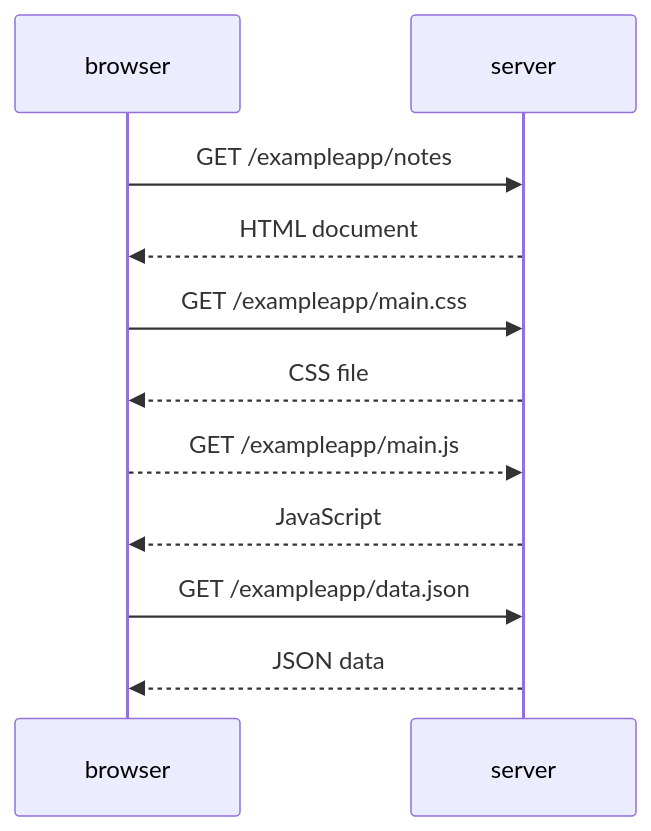
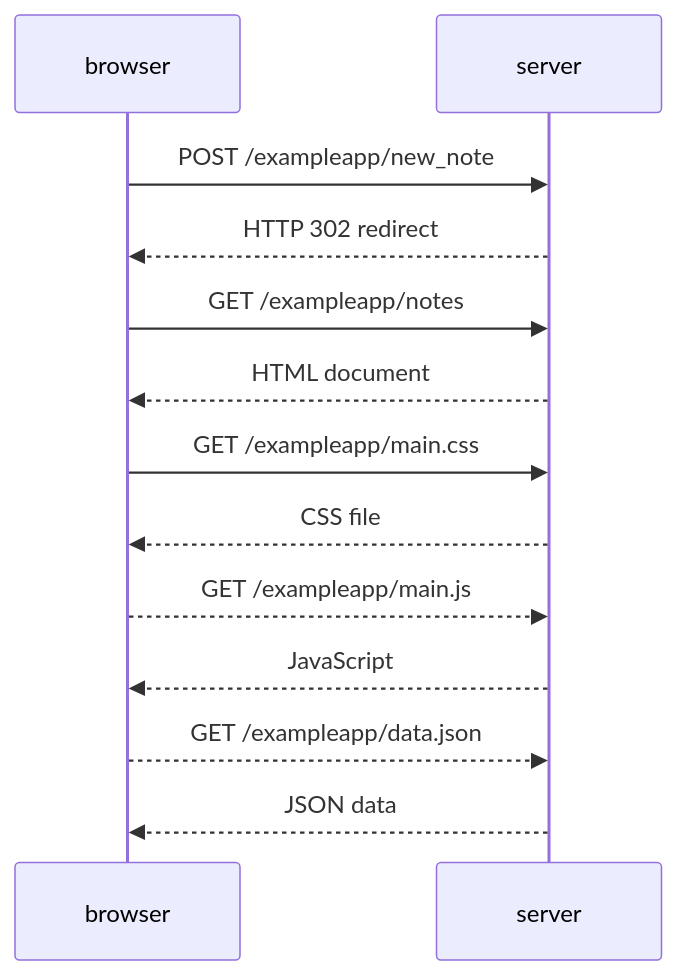
The diagram in part0/0.4NewNoteDiagram.md (ilvminado/fullstackOpen), drawn with Mermaid before and after one commit.

````diff
--- a/part0/0.4NewNoteDiagram.md
+++ b/part0/0.4NewNoteDiagram.md
@@ -3,17 +3,20 @@
 ```mermaid
 sequenceDiagram
   participant browser
   participant server
+
+  browser->>server: POST /exampleapp/new_note
+  server-->>browser: HTTP 302 redirect
 
   browser->>server: GET /exampleapp/notes
   server-->>browser: HTML document
 
   browser->>server: GET /exampleapp/main.css
   server-->>browser: CSS file
 
   browser-->>server: GET /exampleapp/main.js
   server-->>browser: JavaScript
 
-  browser->>server: GET /exampleapp/data.json
+  browser-->>server: GET /exampleapp/data.json
   server-->>browser: JSON data
 ```
````
